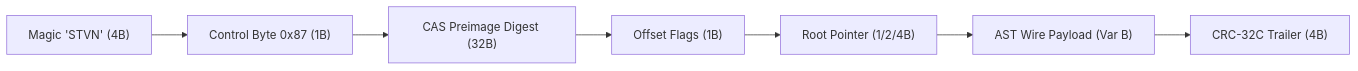
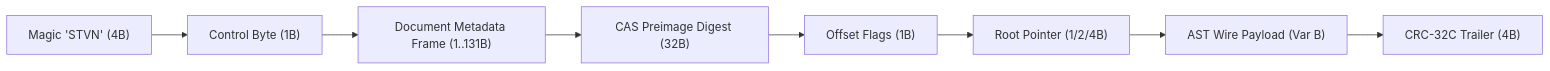
One commit to chaotic3quilibrium/stvnadore-core changed the first of 2 diagrams in docs/architecture/03_BINARY_ENCODING_AND_ZERO_TRUST.md. Above: the diagram before and after it, drawn with Mermaid. The commit also changed other lines of this file and 52 other files, not shown here.

Commit message:
Refactore to add binary wire document metadata frame (:meta Byte 5) implementation, codec updates, snapshot re-encoding, and specification harmonization

````diff
--- a/docs/architecture/03_BINARY_ENCODING_AND_ZERO_TRUST.md
+++ b/docs/architecture/03_BINARY_ENCODING_AND_ZERO_TRUST.md
@@ -56,9 +56,10 @@
 ```mermaid
 flowchart LR
-    M["Magic 'STVN' (4B)"] --> C["Control Byte 0x87 (1B)"]
-    C --> CAS["CAS Preimage Digest (32B)"]
+    M["Magic 'STVN' (4B)"] --> C["Control Byte (1B)"]
+    C --> META["Document Metadata Frame (1..131B)"]
+    META --> CAS["CAS Preimage Digest (32B)"]
     CAS --> FLG["Offset Flags (1B)"]
     FLG --> PTR["Root Pointer (1/2/4B)"]
     PTR --> PL["AST Wire Payload (Var B)"]
     PL --> CRC["CRC-32C Trailer (4B)"]
 ```
````
